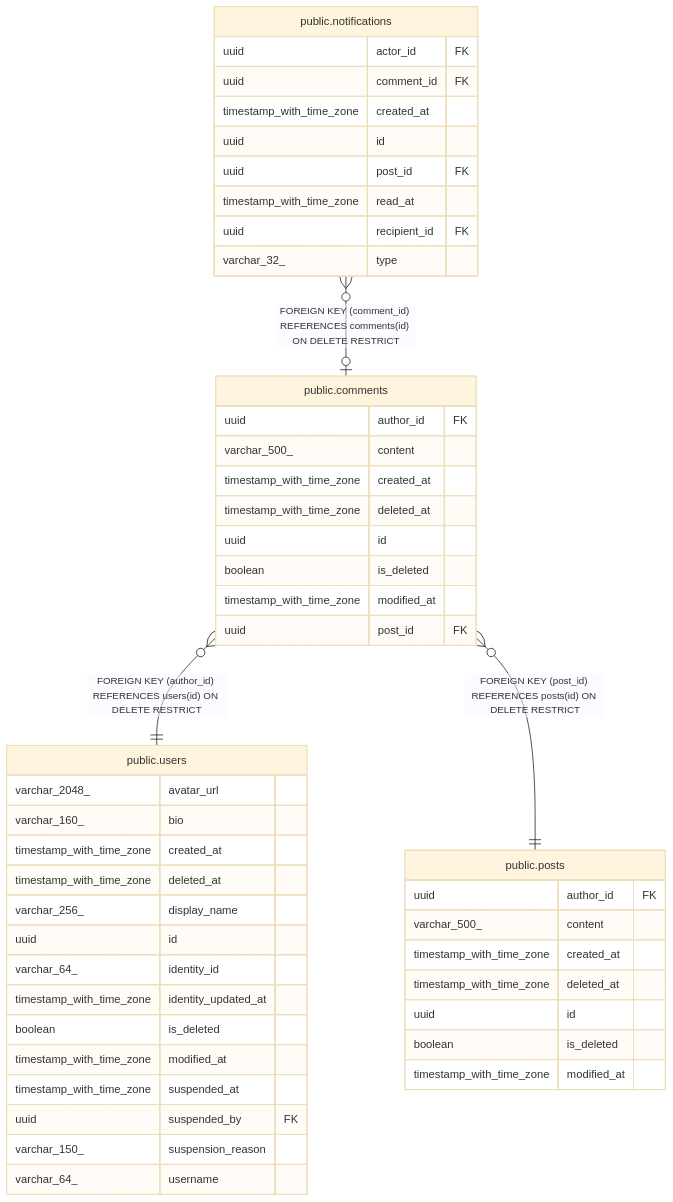
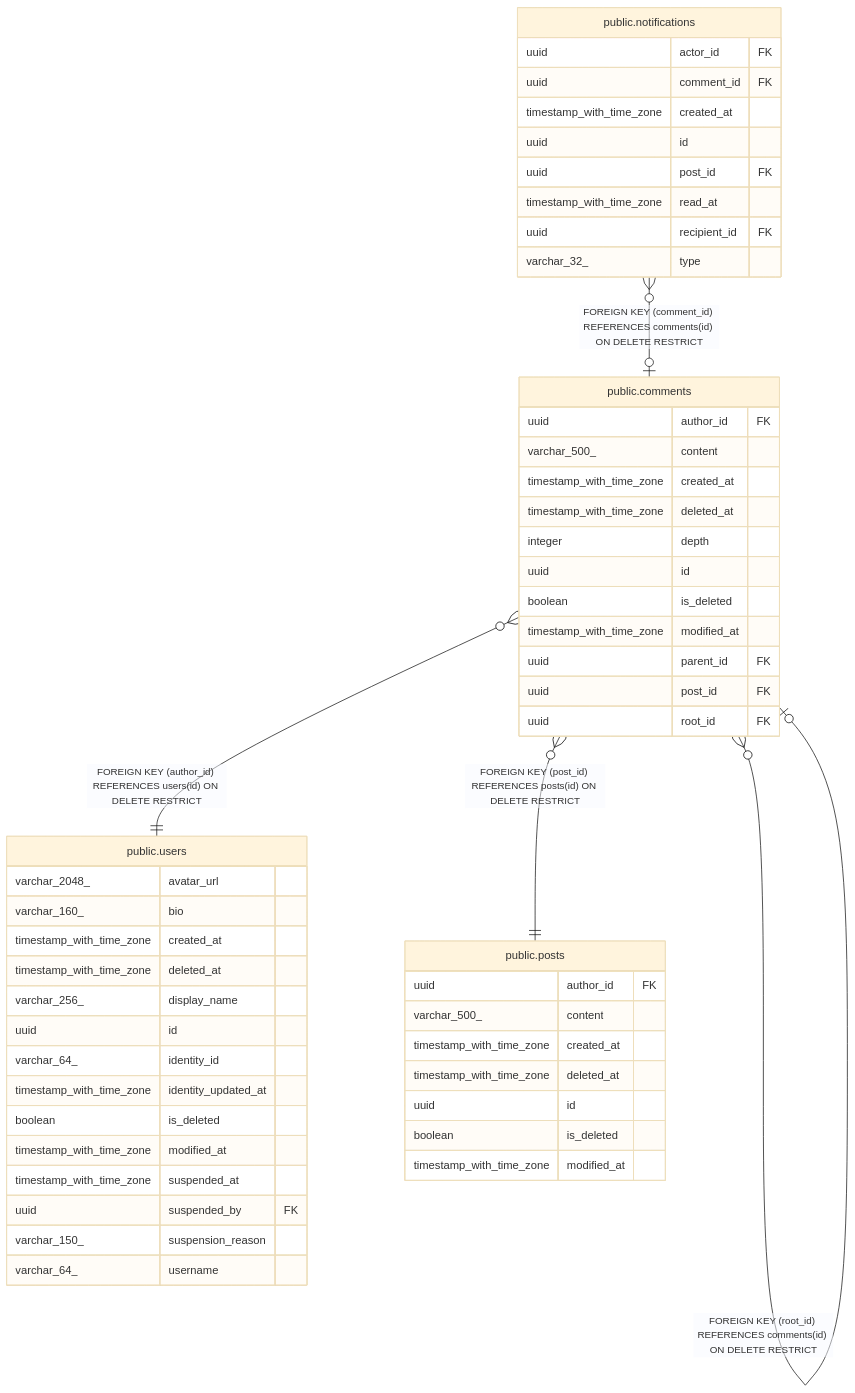
Before and after one commit to trduc2712/choco-api: the diagram in docs/database/public.comments.md, drawn with Mermaid (base theme). The commit also changed other lines of this file and 44 other files, not shown here.

````diff
--- a/docs/database/public.comments.md
+++ b/docs/database/public.comments.md
@@ -45,53 +53,58 @@
 ```mermaid
 erDiagram
 
 "public.comments" }o--|| "public.users" : "FOREIGN KEY (author_id) REFERENCES users(id) ON DELETE RESTRICT"
+"public.comments" }o--o| "public.comments" : "FOREIGN KEY (parent_id) REFERENCES comments(id) ON DELETE RESTRICT"
+"public.comments" }o--o| "public.comments" : "FOREIGN KEY (root_id) REFERENCES comments(id) ON DELETE RESTRICT"
 "public.notifications" }o--o| "public.comments" : "FOREIGN KEY (comment_id) REFERENCES comments(id) ON DELETE RESTRICT"
 "public.comments" }o--|| "public.posts" : "FOREIGN KEY (post_id) REFERENCES posts(id) ON DELETE RESTRICT"
 
 "public.comments" {
   uuid author_id FK
   varchar_500_ content
   timestamp_with_time_zone created_at
   timestamp_with_time_zone deleted_at
+  integer depth
   uuid id
   boolean is_deleted
   timestamp_with_time_zone modified_at
+  uuid parent_id FK
   uuid post_id FK
+  uuid root_id FK
 }
 "public.users" {
   varchar_2048_ avatar_url
   varchar_160_ bio
   timestamp_with_time_zone created_at
   timestamp_with_time_zone deleted_at
   varchar_256_ display_name
   uuid id
   varchar_64_ identity_id
   timestamp_with_time_zone identity_updated_at
   boolean is_deleted
   timestamp_with_time_zone modified_at
   timestamp_with_time_zone suspended_at
   uuid suspended_by FK
   varchar_150_ suspension_reason
   varchar_64_ username
 }
 "public.notifications" {
   uuid actor_id FK
   uuid comment_id FK
   timestamp_with_time_zone created_at
   uuid id
   uuid post_id FK
   timestamp_with_time_zone read_at
   uuid recipient_id FK
   varchar_32_ type
 }
 "public.posts" {
   uuid author_id FK
   varchar_500_ content
   timestamp_with_time_zone created_at
   timestamp_with_time_zone deleted_at
   uuid id
   boolean is_deleted
   timestamp_with_time_zone modified_at
 }
 ```
````
